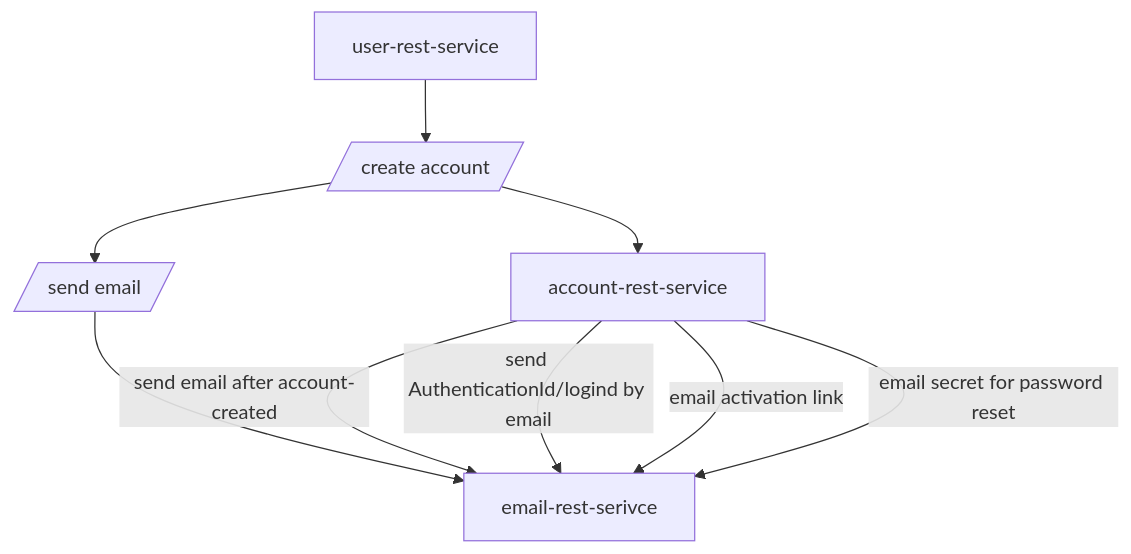
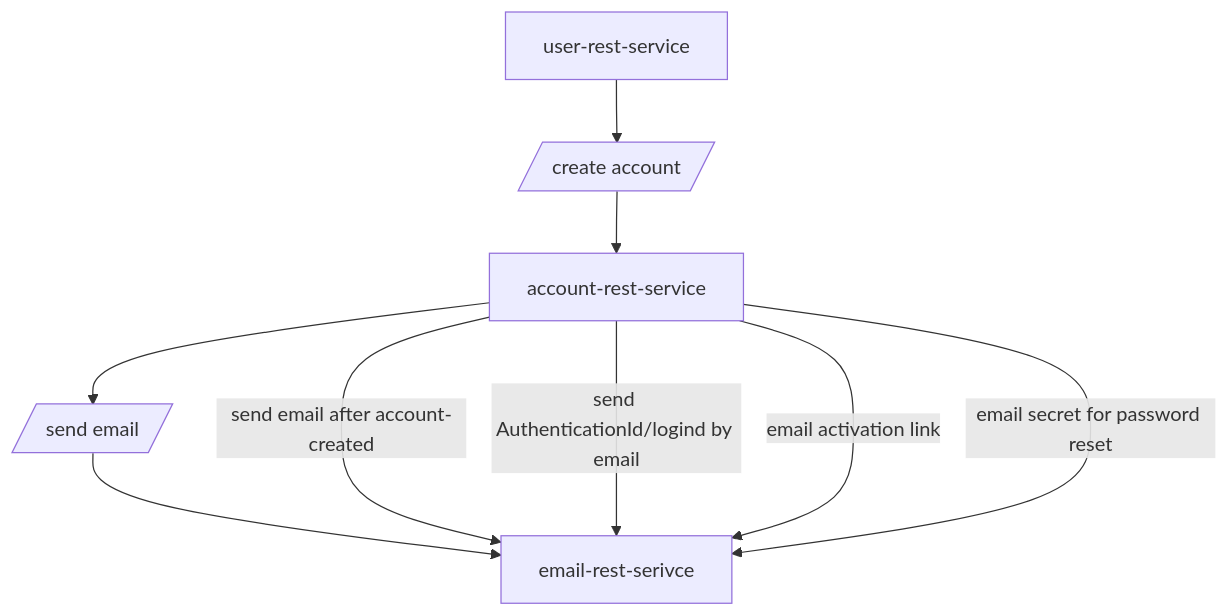
One commit to sonamsamdupkhangsar/email-rest-service changed the diagram in README.md. Above: the diagram before and after it, drawn with Mermaid.

Commit message:
add mermaidms

````diff
--- a/README.md
+++ b/README.md
@@ -9,9 +9,10 @@
 ```mermaid
 flowchart TD
  User[user-rest-service] --> createAccount[/create account/] -->Account[account-rest-service]
- createAccount-->Email[/send email/]--> email[email-rest-serivce]
+ Account-->Email[/send email/]--> email[email-rest-serivce]
+ 
  Account[account-rest-service] --"send email after account-created"--> email[email-rest-serivce]
  Account --"send AuthenticationId/logind by email"--> email
  Account --"email activation link"-->email
  Account --"email secret for password reset" -->email
 ```
````
